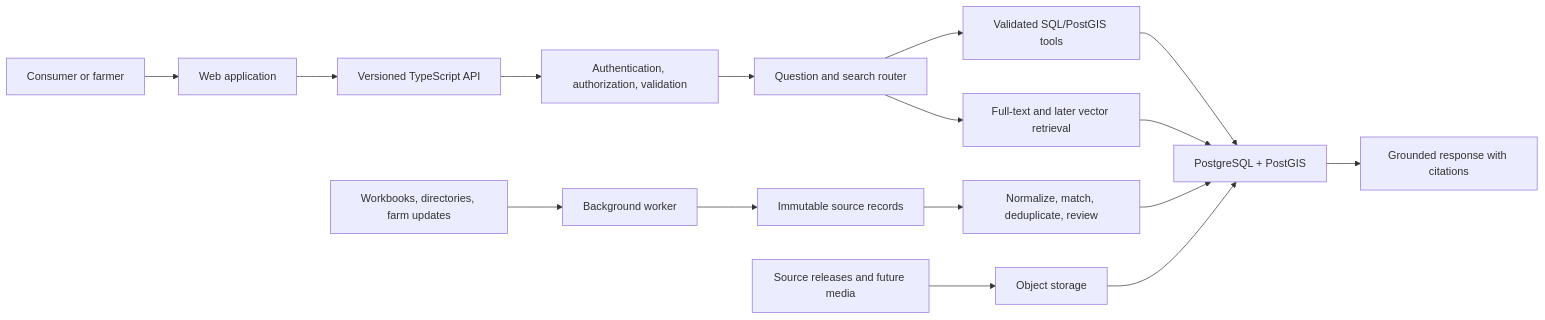
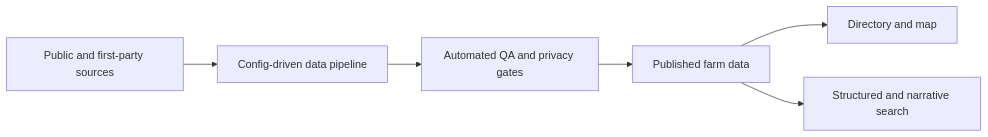
One commit to WBHankins93/farm-finder changed the diagram in README.md. Above: the diagram before and after it, drawn with Mermaid. The commit also changed other lines of this file and 4 other files, not shown here.

````diff
--- a/README.md
+++ b/README.md
@@ -141,19 +57,8 @@
 ```mermaid
 flowchart LR
-    User["Consumer or farmer"] --> Web["Web application"]
-    Web --> API["Versioned TypeScript API"]
-    API --> Policy["Authentication, authorization, validation"]
-    Policy --> Router["Question and search router"]
-    Router --> Tools["Validated SQL/PostGIS tools"]
-    Router --> Retrieval["Full-text and later vector retrieval"]
-    Tools --> PG["PostgreSQL + PostGIS"]
-    Retrieval --> PG
-    PG --> Answer["Grounded response with citations"]
-
-    Sources["Workbooks, directories, farm updates"] --> Worker["Background worker"]
-    Worker --> Staging["Immutable source records"]
-    Staging --> Review["Normalize, match, deduplicate, review"]
-    Review --> PG
-    Files["Source releases and future media"] --> Objects["Object storage"]
-    Objects --> PG
+    Sources["Public and first-party sources"] --> Pipeline["Config-driven data pipeline"]
+    Pipeline --> Review["Automated QA and privacy gates"]
+    Review --> Data["Published farm data"]
+    Data --> Web["Directory and map"]
+    Data --> Search["Structured and narrative search"]
 ```
````
